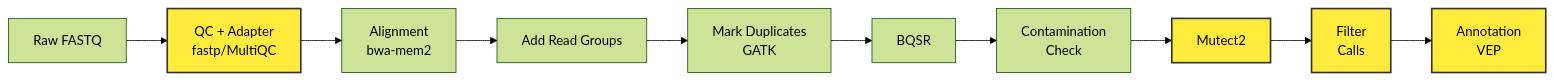
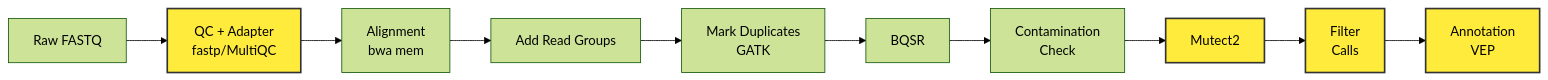
Before and after one commit to sib-swiss/cancer-variants-training: the first of 2 diagrams in slides/02_introduction_cancer_variants.qmd, drawn with Mermaid (forest theme). The commit also changed other lines of this file and 44 other files, not shown here.

````diff
--- a/slides/02_introduction_cancer_variants.qmd
+++ b/slides/02_introduction_cancer_variants.qmd
@@ -344,18 +348,18 @@
 ```{mermaid}
 flowchart LR
     A[Raw FASTQ] --> B[QC + Adapter<br/>fastp/MultiQC]
-    B --> C[Alignment<br/>bwa-mem2]
+    B --> C[Alignment<br/>bwa mem]
     C --> D[Add Read Groups]
     D --> E[Mark Duplicates<br/>GATK]
     E --> F[BQSR]
     F --> G[Contamination<br/>Check]
     G --> H[Mutect2]
     H --> I[Filter<br/>Calls]
     I --> J[Annotation<br/>VEP]
 
     %% Define the yellow style class
     classDef covered fill:#ffeb3b,stroke:#333,stroke-width:2px;
 
     %% Apply the class to specific nodes
     class B,H,I,J covered;
 ```
````
